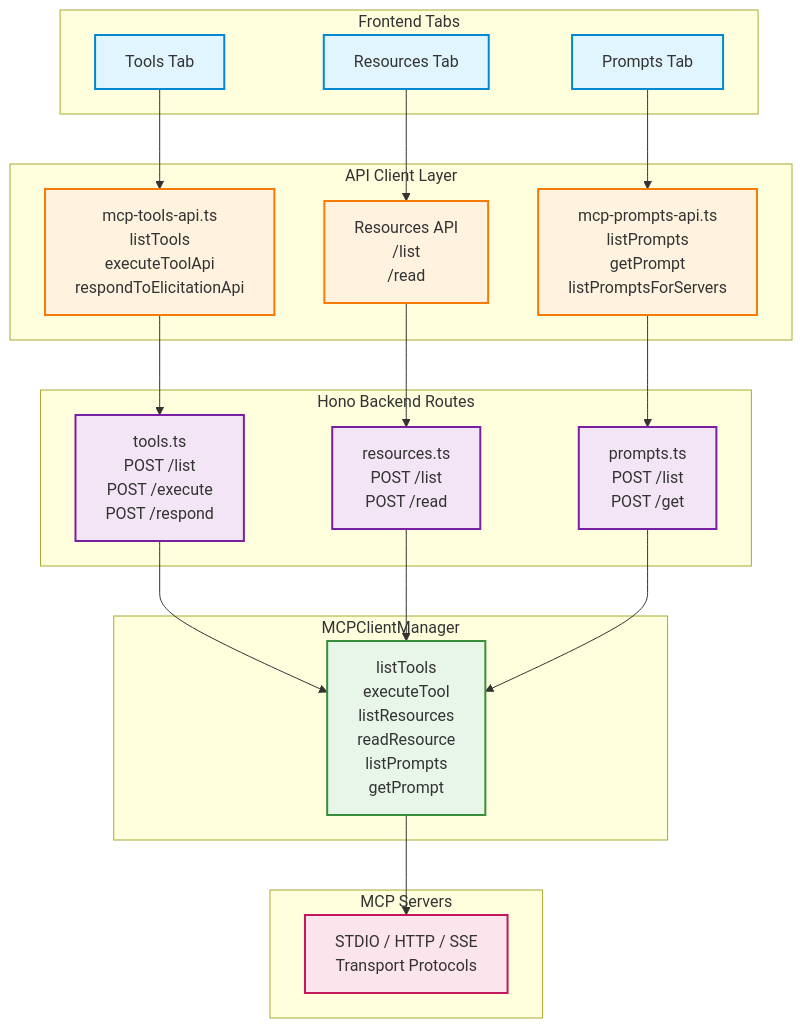
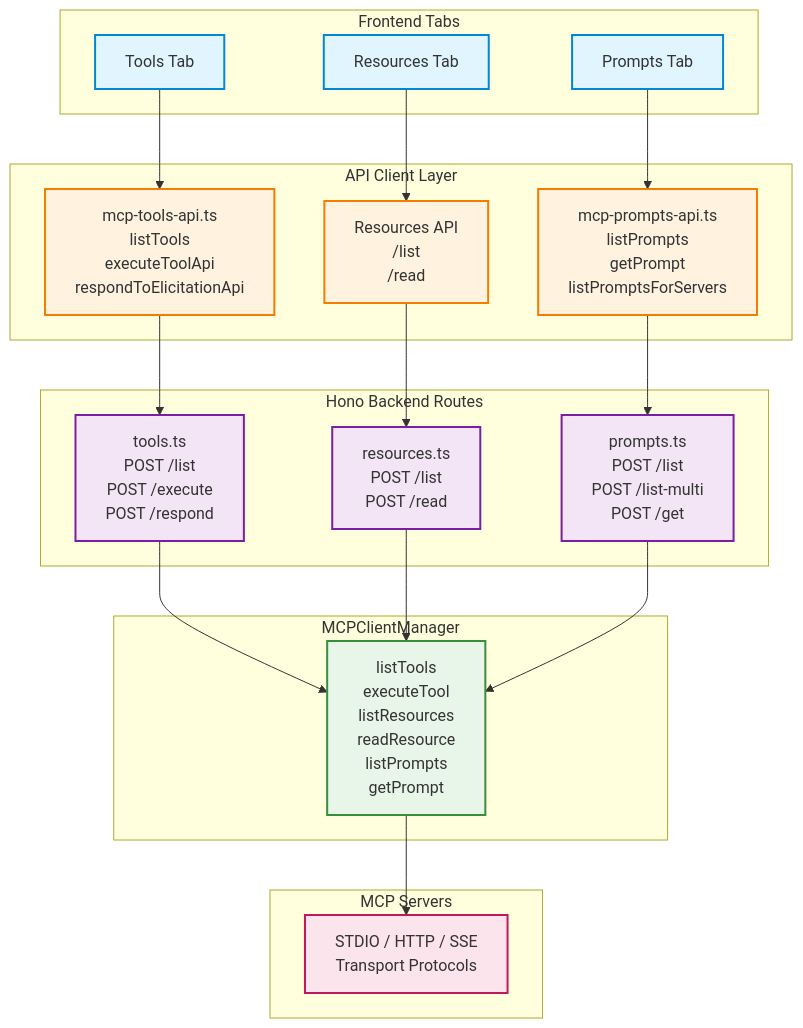
The diagram in docs/contributing/mcp-capabilities-architecture.mdx (MCPJam/inspector), drawn with Mermaid before and after one commit.

````diff
--- a/docs/contributing/mcp-capabilities-architecture.mdx
+++ b/docs/contributing/mcp-capabilities-architecture.mdx
@@ -42,75 +42,76 @@
 ```mermaid
 graph TB
     subgraph Frontend["Frontend Tabs"]
         ToolsTab[Tools Tab]
         ResourcesTab[Resources Tab]
         PromptsTab[Prompts Tab]
     end
 
     subgraph APIClient["API Client Layer"]
         ToolsAPI[mcp-tools-api.ts
         listTools
         executeToolApi
         respondToElicitationApi]
         ResourcesAPI[Resources API
         /list
         /read]
         PromptsAPI[mcp-prompts-api.ts
         listPrompts
         getPrompt
         listPromptsForServers]
     end
 
     subgraph Backend["Hono Backend Routes"]
         ToolsRoute[tools.ts
         POST /list
         POST /execute
         POST /respond]
         ResourcesRoute[resources.ts
         POST /list
         POST /read]
         PromptsRoute[prompts.ts
         POST /list
+        POST /list-multi
         POST /get]
     end
 
     subgraph Manager["MCPClientManager"]
         MCPManager[listTools
         executeTool
         listResources
         readResource
         listPrompts
         getPrompt]
     end
 
     subgraph MCPServers["MCP Servers"]
         Servers[STDIO / HTTP / SSE
         Transport Protocols]
     end
 
     ToolsTab --> ToolsAPI
     ResourcesTab --> ResourcesAPI
     PromptsTab --> PromptsAPI
 
     ToolsAPI --> ToolsRoute
     ResourcesAPI --> ResourcesRoute
     PromptsAPI --> PromptsRoute
 
     ToolsRoute --> MCPManager
     ResourcesRoute --> MCPManager
     PromptsRoute --> MCPManager
 
     MCPManager --> Servers
 
     classDef frontend fill:#e1f5ff,stroke:#0288d1,stroke-width:2px
     classDef api fill:#fff3e0,stroke:#f57c00,stroke-width:2px
     classDef backend fill:#f3e5f5,stroke:#7b1fa2,stroke-width:2px
     classDef manager fill:#e8f5e9,stroke:#388e3c,stroke-width:2px
     classDef mcp fill:#fce4ec,stroke:#c2185b,stroke-width:2px
 
     class ToolsTab,ResourcesTab,PromptsTab frontend
     class ToolsAPI,ResourcesAPI,PromptsAPI api
     class ToolsRoute,ResourcesRoute,PromptsRoute backend
     class MCPManager manager
     class Servers mcp
 ```
````
